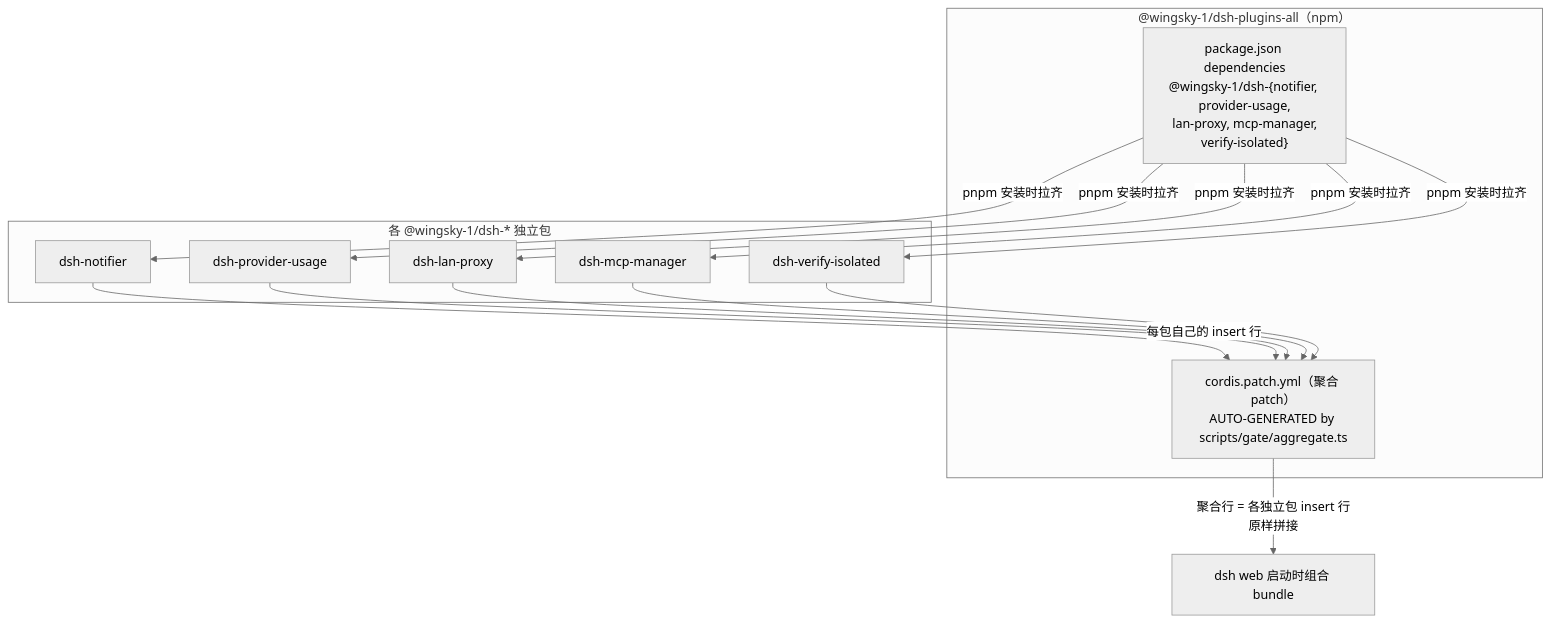
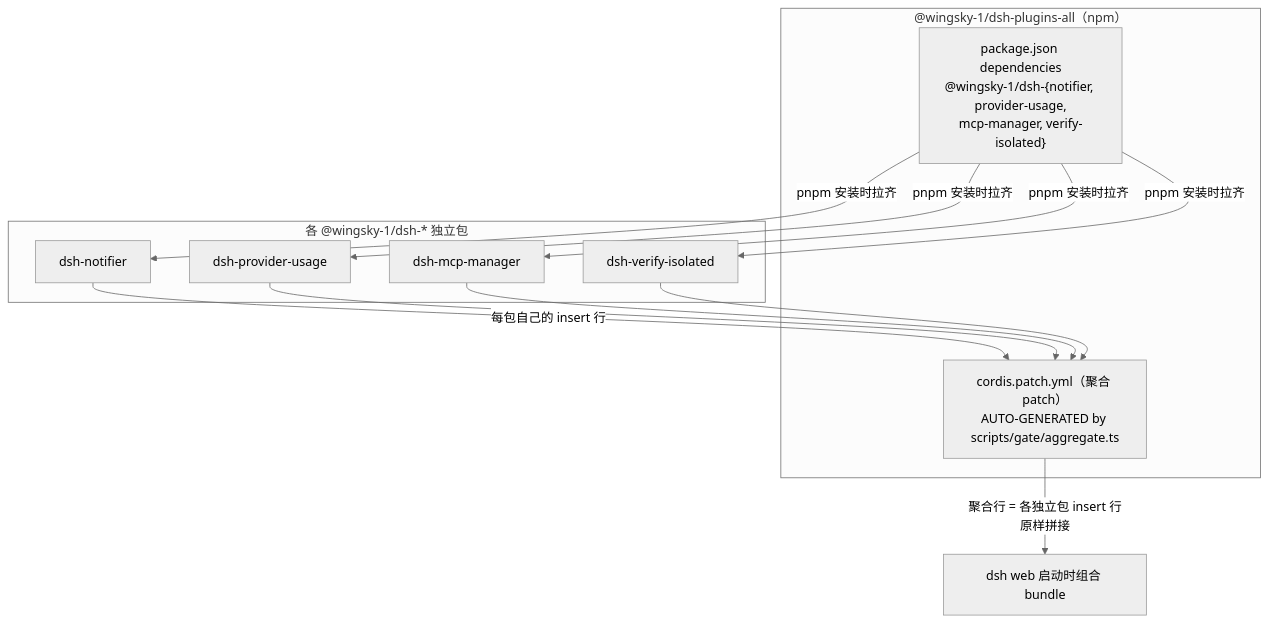
The diagram in docs/architecture/dsh-plugins-all.md (wingsky-1/dsh-plugin-hub), drawn with Mermaid (neutral theme) before and after one commit. The commit also changed other lines of this file and 286 other files, not shown here.

````diff
--- a/docs/architecture/dsh-plugins-all.md
+++ b/docs/architecture/dsh-plugins-all.md
@@ -13,23 +14,21 @@
 ```mermaid
 flowchart TD
     subgraph npm["@wingsky-1/dsh-plugins-all（npm）"]
-        DEPS["package.json dependencies<br/>@wingsky-1/dsh-{notifier, provider-usage,<br/>lan-proxy, mcp-manager,<br/>verify-isolated}"]
+        DEPS["package.json dependencies<br/>@wingsky-1/dsh-{notifier, provider-usage,<br/>mcp-manager, verify-isolated}"]
         PATCH["cordis.patch.yml（聚合 patch）<br/>AUTO-GENERATED by scripts/gate/aggregate.ts"]
     end
 
     subgraph 独立包["各 @wingsky-1/dsh-* 独立包"]
         P1["dsh-notifier"]
         P2["dsh-provider-usage"]
-        P3["dsh-lan-proxy"]
-        P4["dsh-mcp-manager"]
-        P5["dsh-verify-isolated"]
+        P3["dsh-mcp-manager"]
+        P4["dsh-verify-isolated"]
     end
 
-    DEPS -->|"pnpm 安装时拉齐"| P1 & P2 & P3 & P4 & P5
+    DEPS -->|"pnpm 安装时拉齐"| P1 & P2 & P3 & P4
     PATCH -->|"聚合行 = 各独立包 insert 行原样拼接"| LOADER["dsh web 启动时组合 bundle"]
     P1 -->|"每包自己的 insert 行"| PATCH
     P2 --> PATCH
     P3 --> PATCH
     P4 --> PATCH
-    P5 --> PATCH
 ```
````
